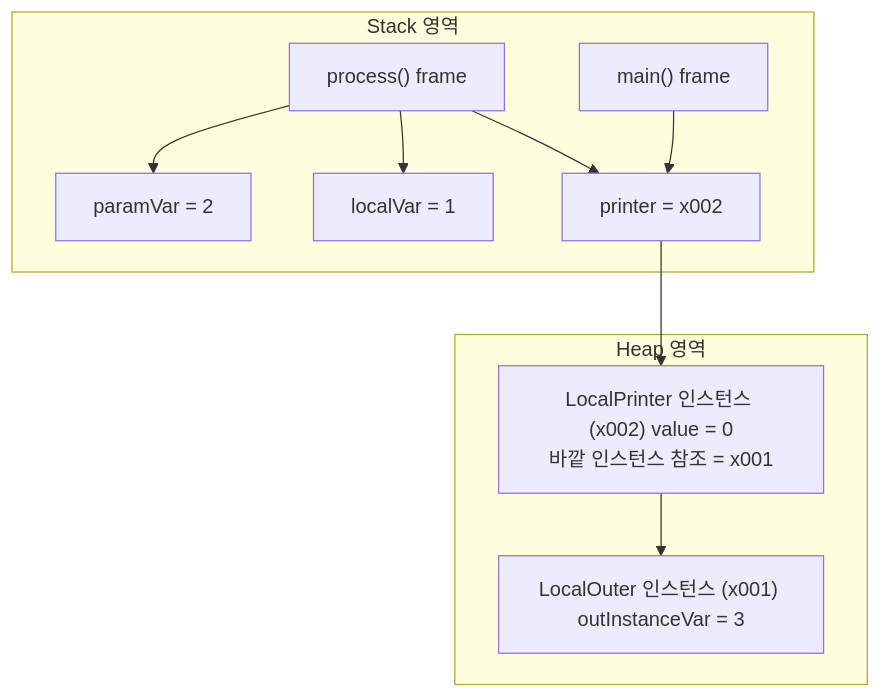
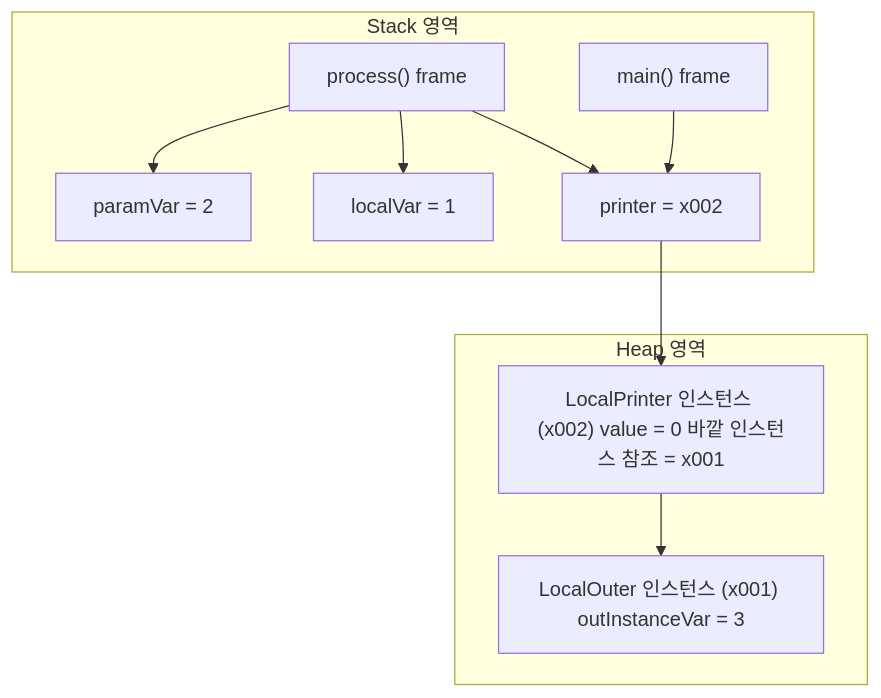
The first of 5 diagrams in 03.중급-1/08-02-중첩_클래스_내부 클래스.md (xmlbuilder/JavaTutorial), drawn with Mermaid before and after one commit.

Commit message:
Update 08-02-중첩_클래스_내부 클래스.md

````diff
--- a/03.중급-1/08-02-중첩_클래스_내부 클래스.md
+++ b/03.중급-1/08-02-중첩_클래스_내부 클래스.md
@@ -42,19 +42,19 @@
 ```mermaid
 graph TD
     subgraph Stack 영역
         mainFrame["main() frame"]
         processFrame["process() frame"]
         processFrame --> paramVar["paramVar = 2"]
         processFrame --> localVar["localVar = 1"]
         processFrame --> printerRef["printer = x002"]
     end
 
     subgraph Heap 영역
         outerObj["LocalOuter 인스턴스 (x001) outInstanceVar = 3"]
-        printerObj["LocalPrinter 인스턴스 (x002) value = 0\n바깥 인스턴스 참조 = x001"]
+        printerObj["LocalPrinter 인스턴스 (x002) value = 0 바깥 인스턴스 참조 = x001"]
         printerObj --> outerObj
     end
 
     mainFrame --> printerRef
     printerRef --> printerObj
 ```
````
